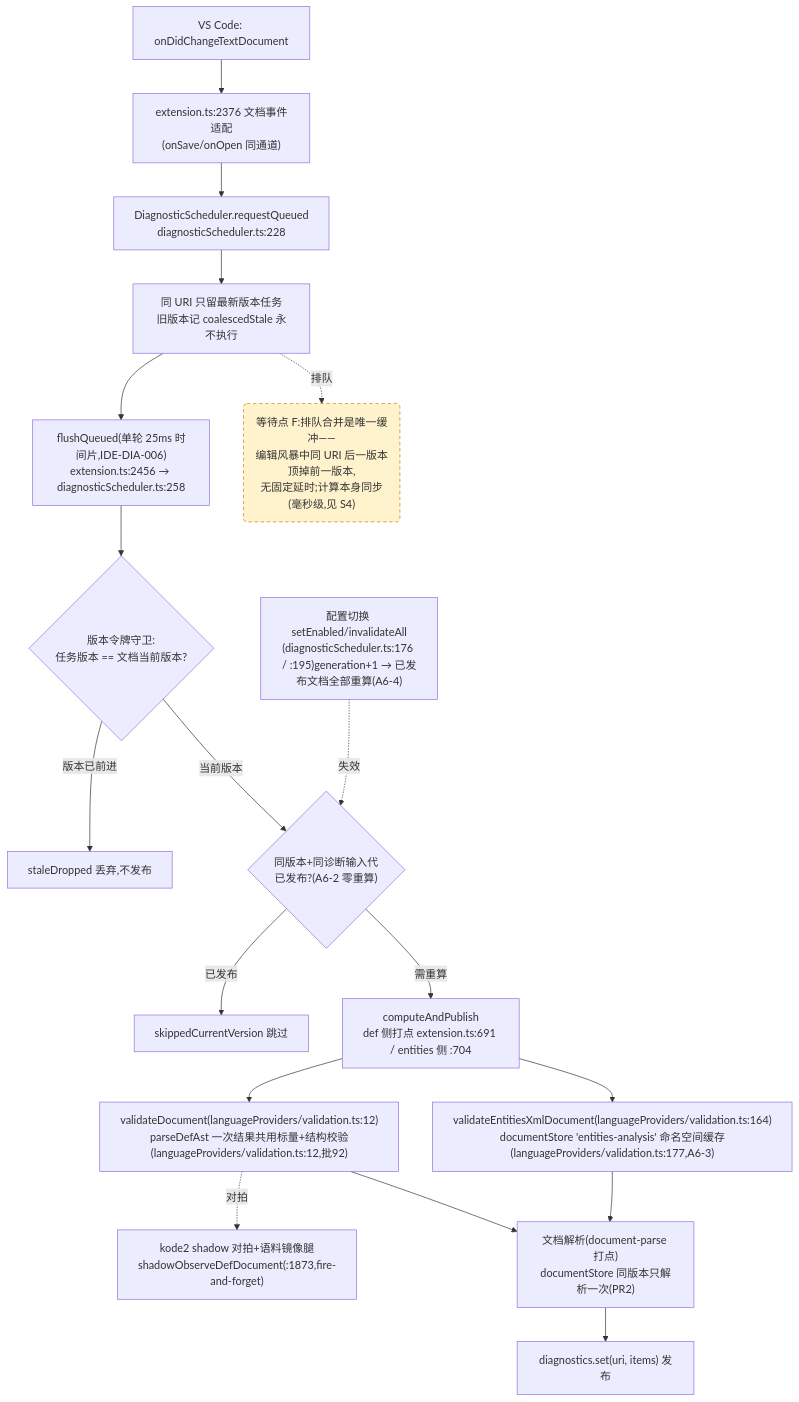
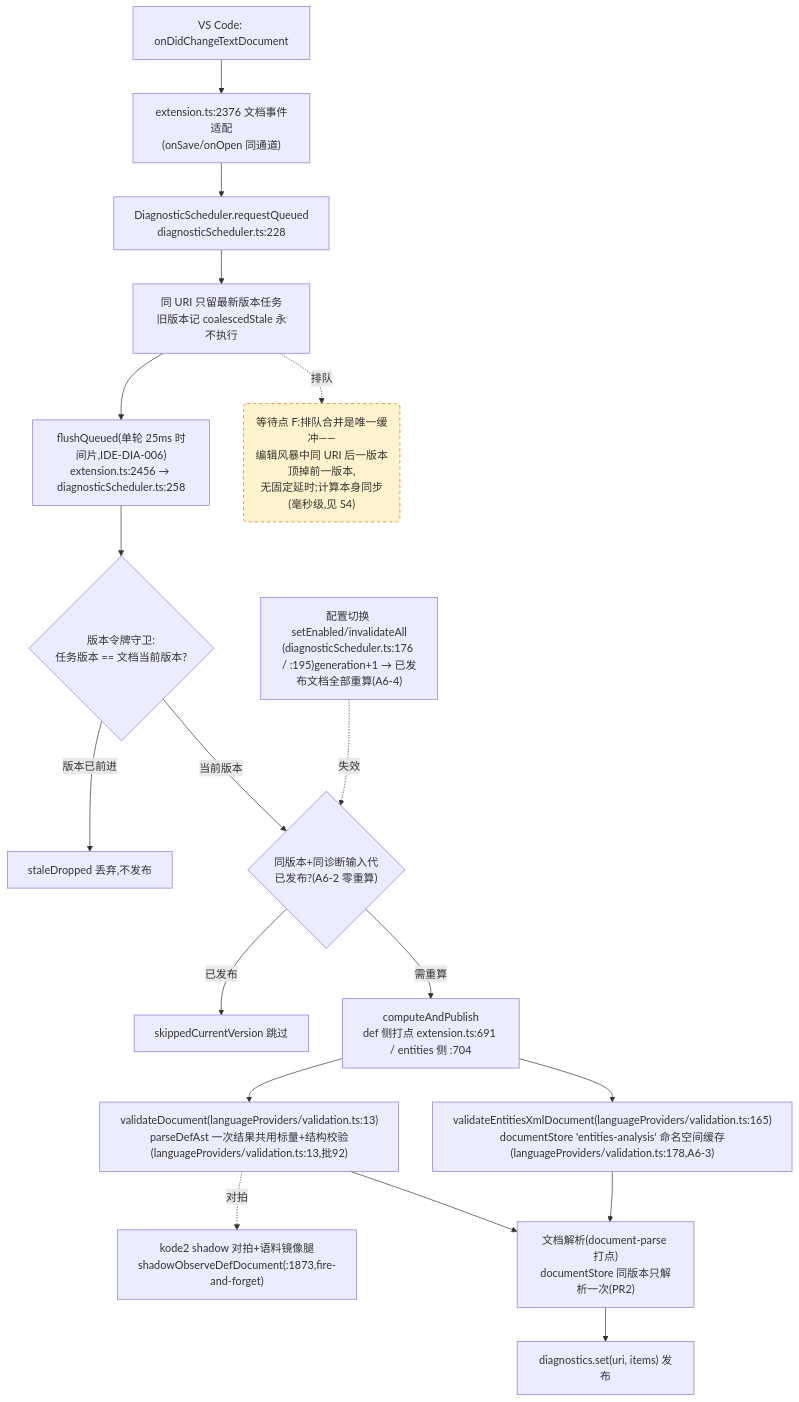
Before and after one commit to cuihairu/kode: the fourth of 4 diagrams in docs/perf/2026-baseline.md, drawn with Mermaid. The commit also changed other lines of this file and 5 other files, not shown here.

First line of the commit message:
refactor(arch): KODE-ARCH-001 step 3 — extract languageProviders/completion + inlay (pure move)

````diff
--- a/docs/perf/2026-baseline.md
+++ b/docs/perf/2026-baseline.md
@@ -214,38 +214,38 @@
 ```mermaid
 flowchart TD
   CHG["VS Code: onDidChangeTextDocument"]
   WATCH["extension.ts:2376 文档事件适配<br/>(onSave/onOpen 同通道)"]
   RQ["DiagnosticScheduler.requestQueued<br/>diagnosticScheduler.ts:228"]
   CO["同 URI 只留最新版本任务<br/>旧版本记 coalescedStale 永不执行"]
   FL["flushQueued(单轮 25ms 时间片,IDE-DIA-006)<br/>extension.ts:2456 → diagnosticScheduler.ts:258"]
   VG{"版本令牌守卫:<br/>任务版本 == 文档当前版本?"}
   DROP["staleDropped 丢弃,不发布"]
   GEN{"同版本+同诊断输入代<br/>已发布?(A6-2 零重算)"}
   SKIP["skippedCurrentVersion 跳过"]
   CALC["computeAndPublish<br/>def 侧打点 extension.ts:691 / entities 侧 :704"]
-  VD["validateDocument(languageProviders/validation.ts:12)<br/>parseDefAst 一次结果共用标量+结构校验(languageProviders/validation.ts:12,批92)"]
-  VEX["validateEntitiesXmlDocument(languageProviders/validation.ts:164)<br/>documentStore 'entities-analysis' 命名空间缓存(languageProviders/validation.ts:177,A6-3)"]
+  VD["validateDocument(languageProviders/validation.ts:13)<br/>parseDefAst 一次结果共用标量+结构校验(languageProviders/validation.ts:13,批92)"]
+  VEX["validateEntitiesXmlDocument(languageProviders/validation.ts:165)<br/>documentStore 'entities-analysis' 命名空间缓存(languageProviders/validation.ts:178,A6-3)"]
   SHDD["kode2 shadow 对拍+语料镜像腿<br/>shadowObserveDefDocument(:1873,fire-and-forget)"]
   DS["文档解析(document-parse 打点)<br/>documentStore 同版本只解析一次(PR2)"]
   PUB["diagnostics.set(uri, items) 发布"]
   CFG2["配置切换 setEnabled/invalidateAll<br/>(diagnosticScheduler.ts:176 / :195)generation+1 → 已发布文档全部重算(A6-4)"]
 
   CHG --> WATCH --> RQ --> CO --> FL --> VG
   VG -- "版本已前进" --> DROP
   VG -- "当前版本" --> GEN
   GEN -- "已发布" --> SKIP
   GEN -- "需重算" --> CALC
   CALC --> VD
   CALC --> VEX
   VD --> DS
   VEX --> DS
   DS --> PUB
   VD -.->|对拍| SHDD
   CFG2 -.->|失效| GEN
 
   WAITF("等待点 F:排队合并是唯一缓冲——<br/>编辑风暴中同 URI 后一版本顶掉前一版本,<br/>无固定延时;计算本身同步(毫秒级,见 S4)")
   CO -.->|排队| WAITF
 
   classDef waitPoint fill:#fff3cd,stroke:#d97706,stroke-dasharray:5 4;
   class WAITF waitPoint;
 ```
````
